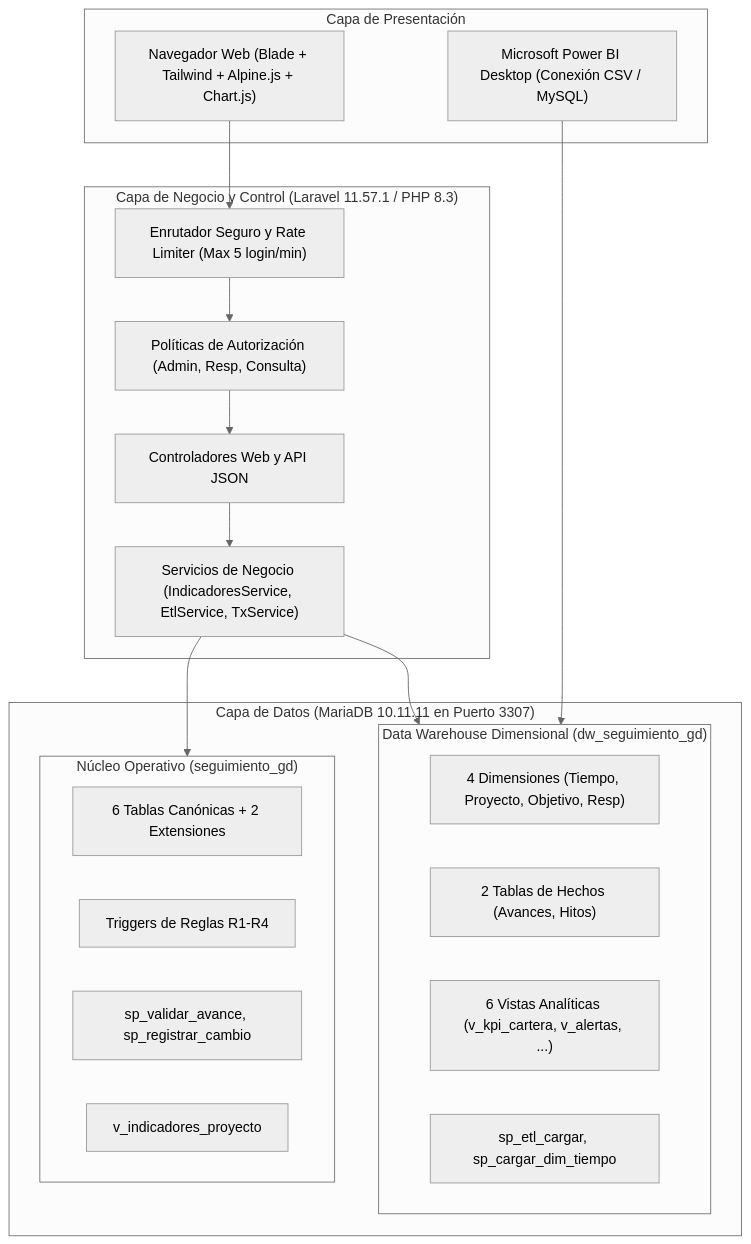
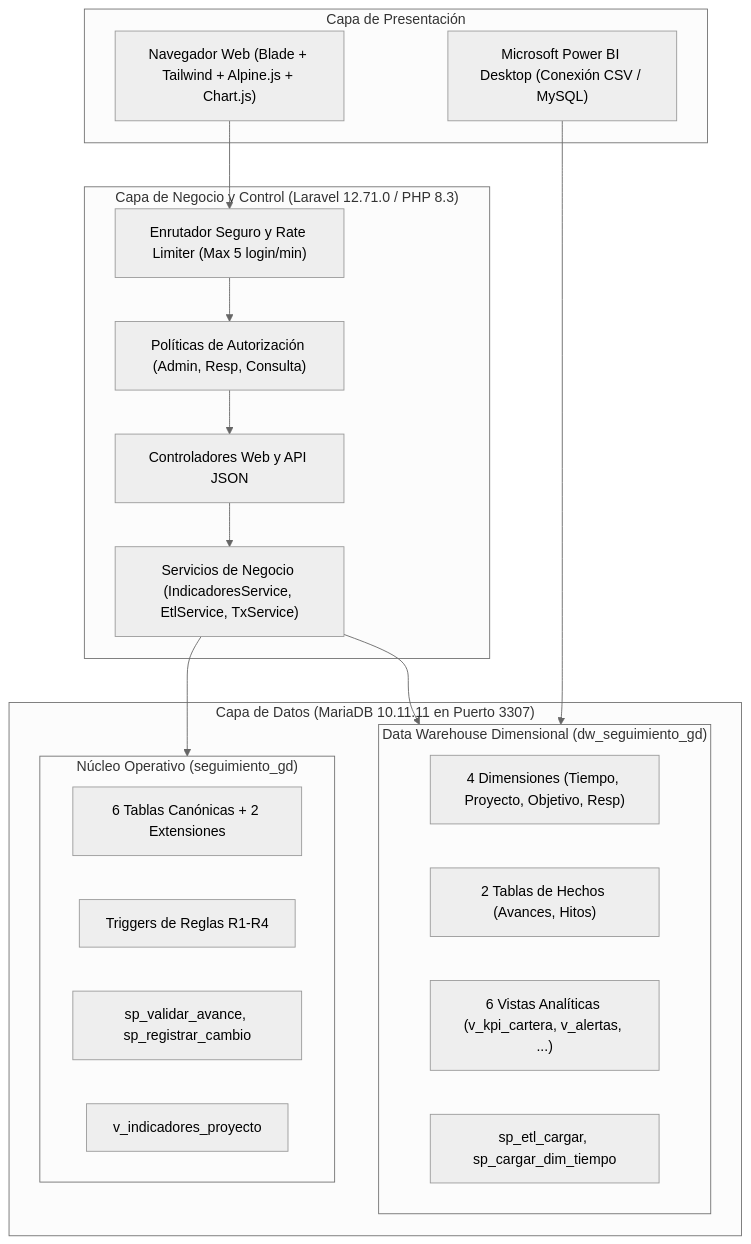
One commit to TEAM-project-electro/SIGELECTRO changed the first of 3 diagrams in docs/manual_tecnico.md. Above: the diagram before and after it, drawn with Mermaid (neutral theme). The commit also changed other lines of this file and 92 other files, not shown here.

````diff
--- a/docs/manual_tecnico.md
+++ b/docs/manual_tecnico.md
@@ -14,38 +14,38 @@
 ```mermaid
 flowchart TD
     subgraph Cliente["Capa de Presentación"]
         Browser["Navegador Web (Blade + Tailwind + Alpine.js + Chart.js)"]
         PowerBI["Microsoft Power BI Desktop (Conexión CSV / MySQL)"]
     end
 
-    subgraph Aplicacion["Capa de Negocio y Control (Laravel 11.57.1 / PHP 8.3)"]
+    subgraph Aplicacion["Capa de Negocio y Control (Laravel 12.71.0 / PHP 8.3)"]
         Routes["Enrutador Seguro y Rate Limiter (Max 5 login/min)"]
         Policies["Políticas de Autorización (Admin, Resp, Consulta)"]
         Controllers["Controladores Web y API JSON"]
         Services["Servicios de Negocio (IndicadoresService, EtlService, TxService)"]
     end
 
     subgraph Datos["Capa de Datos (MariaDB 10.11.11 en Puerto 3307)"]
         subgraph OLTP["Núcleo Operativo (seguimiento_gd)"]
             TablasOp["6 Tablas Canónicas + 2 Extensiones"]
             Triggers["Triggers de Reglas R1-R4"]
             ProcsOp["sp_validar_avance, sp_registrar_cambio"]
             VistaOp["v_indicadores_proyecto"]
         end
 
         subgraph OLAP["Data Warehouse Dimensional (dw_seguimiento_gd)"]
             Dimensiones["4 Dimensiones (Tiempo, Proyecto, Objetivo, Resp)"]
             Hechos["2 Tablas de Hechos (Avances, Hitos)"]
             VistasDW["6 Vistas Analíticas (v_kpi_cartera, v_alertas, ...)"]
             ProcsDW["sp_etl_cargar, sp_cargar_dim_tiempo"]
         end
     end
 
     Browser --> Routes
     Routes --> Policies
     Policies --> Controllers
     Controllers --> Services
     Services --> OLTP
     Services --> OLAP
     PowerBI --> OLAP
 ```
````
